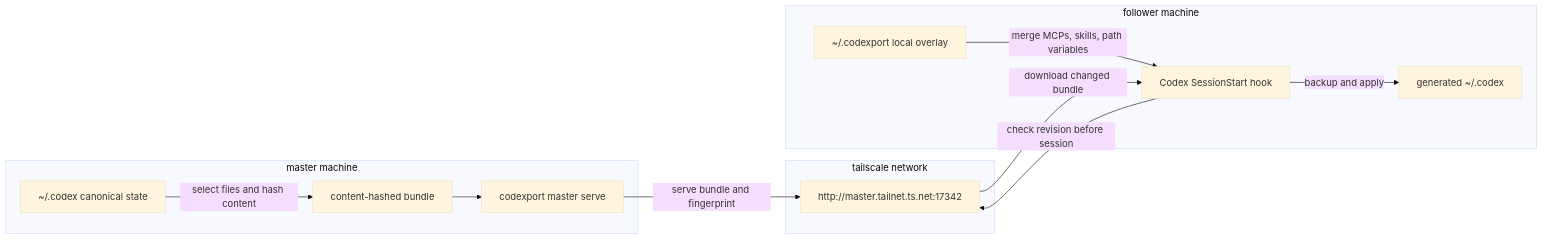
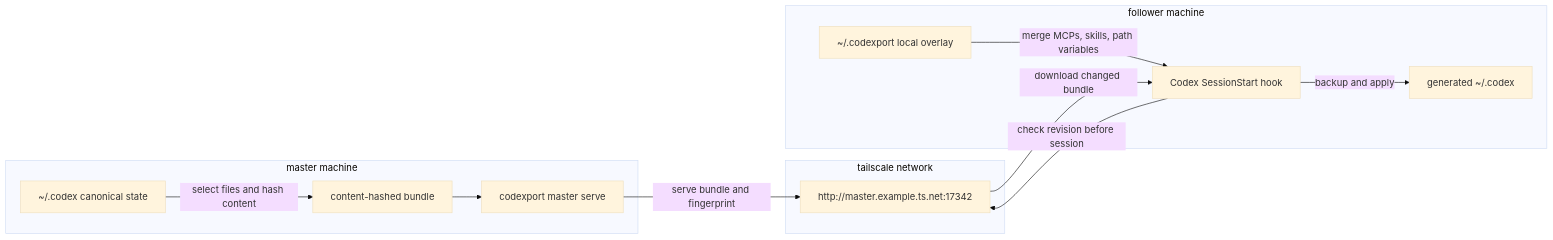
Before and after one commit to Microck/canonfig: the first of 2 diagrams in README.md, drawn with Mermaid (base theme). The commit also changed other lines of this file and 5 other files, not shown here.

````diff
--- a/README.md
+++ b/README.md
@@ -59,26 +59,26 @@
 ```mermaid
 flowchart LR
   subgraph master["master machine"]
     masterCodex["~/.codex canonical state"]
     masterCli["codexport master serve"]
     masterBundle["content-hashed bundle"]
   end
 
   subgraph privateNet["tailscale network"]
-    http["http://master.tailnet.ts.net:17342"]
+    http["http://master.example.ts.net:17342"]
   end
 
   subgraph follower["follower machine"]
     localOverlay["~/.codexport local overlay"]
     sessionHook["Codex SessionStart hook"]
     generatedCodex["generated ~/.codex"]
   end
 
   masterCodex -->|select files and hash content| masterBundle
   masterBundle --> masterCli
   masterCli -->|serve bundle and fingerprint| http
   sessionHook -->|check revision before session| http
   http -->|download changed bundle| sessionHook
   localOverlay -->|merge MCPs, skills, path variables| sessionHook
   sessionHook -->|backup and apply| generatedCodex
 ```
````
